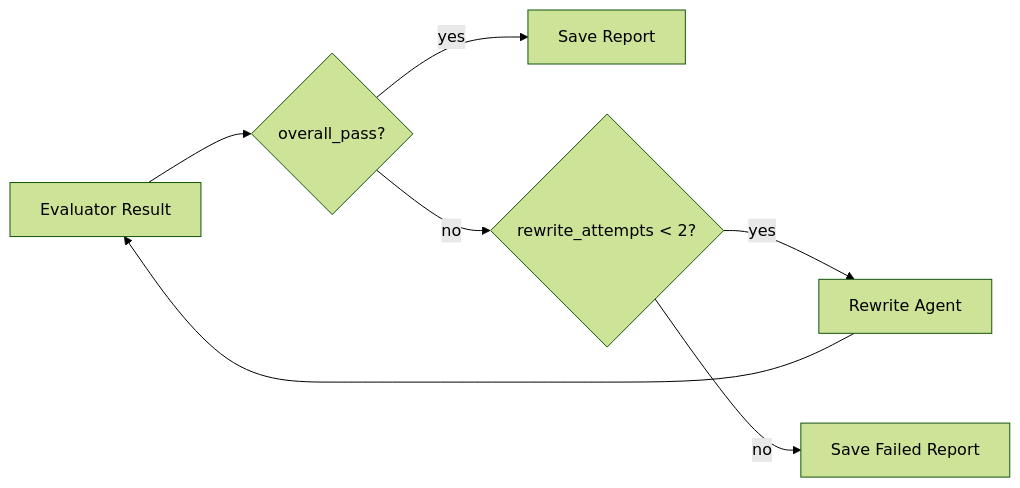
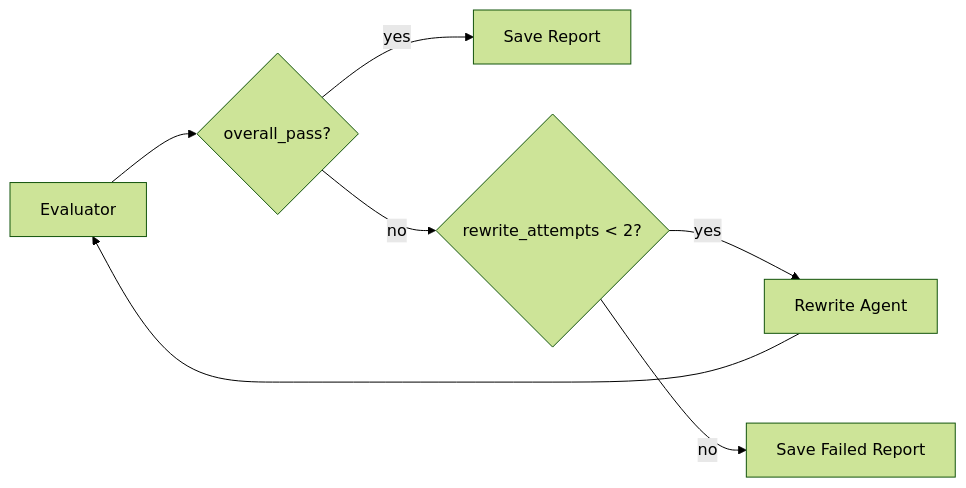
Before and after one commit to hyunn9799/FinSight_Guard: the second of 2 diagrams in README.md, drawn with Mermaid (forest theme). The commit also changed other lines of this file and 20 other files, not shown here.

````diff
--- a/README.md
+++ b/README.md
@@ -164,9 +209,9 @@
 ```mermaid
 flowchart LR
-    A[Evaluator Result] --> B{overall_pass?}
+    A[Evaluator] --> B{overall_pass?}
     B -->|yes| C[Save Report]
     B -->|no| D{rewrite_attempts < 2?}
     D -->|yes| E[Rewrite Agent]
     E --> A
     D -->|no| F[Save Failed Report]
 ```
````
